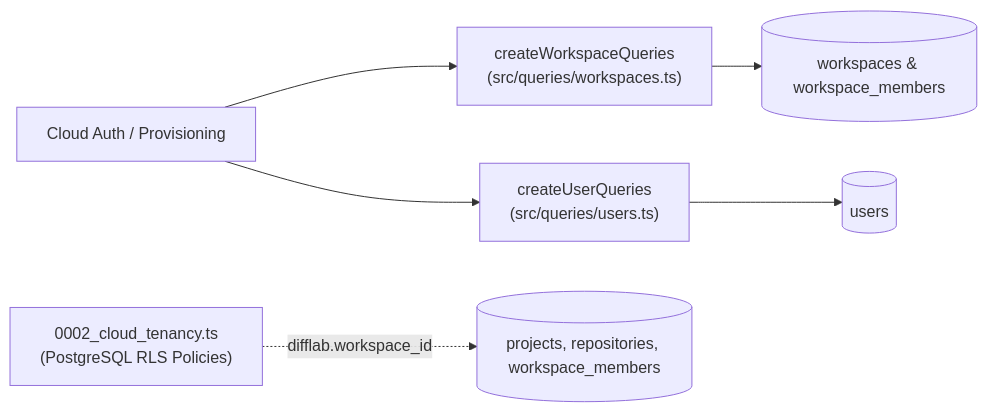
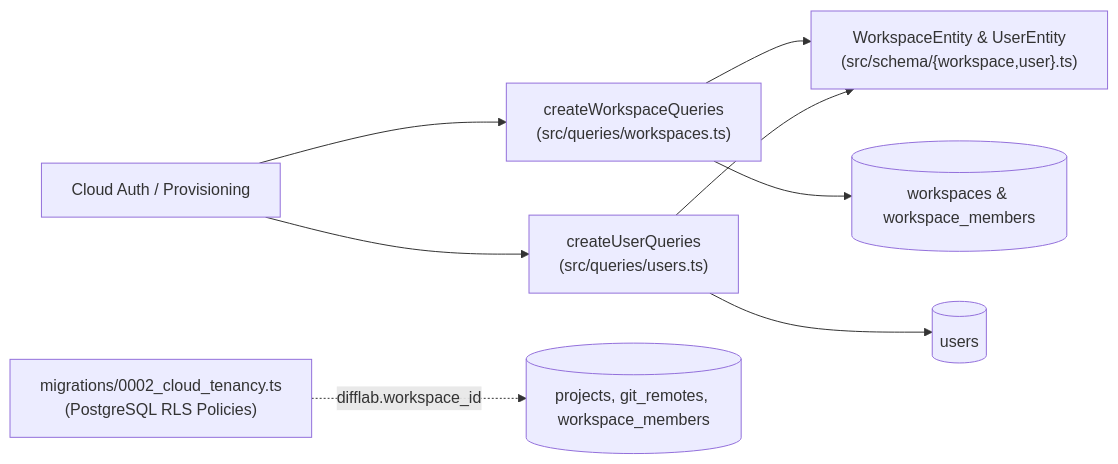
The diagram in docs/architecture/difflab-db/workspaces-and-users.md (difflab-io/difflab), drawn with Mermaid before and after one commit. The commit also changed other lines of this file and 88 other files, not shown here.

````diff
--- a/docs/architecture/difflab-db/workspaces-and-users.md
+++ b/docs/architecture/difflab-db/workspaces-and-users.md
@@ -24,8 +24,10 @@
 ```mermaid
 flowchart LR
   Cloud["Cloud Auth / Provisioning"] --> WS["createWorkspaceQueries<br/>(src/queries/workspaces.ts)"]
   Cloud --> US["createUserQueries<br/>(src/queries/users.ts)"]
+  WS --> Entities["WorkspaceEntity & UserEntity<br/>(src/schema/{workspace,user}.ts)"]
+  US --> Entities
   WS --> WSTables[("workspaces & workspace_members")]
   US --> USTable[("users")]
-  RLS["0002_cloud_tenancy.ts<br/>(PostgreSQL RLS Policies)"] -.->|"difflab.workspace_id"| Scoped[("projects, repositories, workspace_members")]
+  RLS["migrations/0002_cloud_tenancy.ts<br/>(PostgreSQL RLS Policies)"] -.->|"difflab.workspace_id"| Scoped[("projects, git_remotes, workspace_members")]
 ```
````
